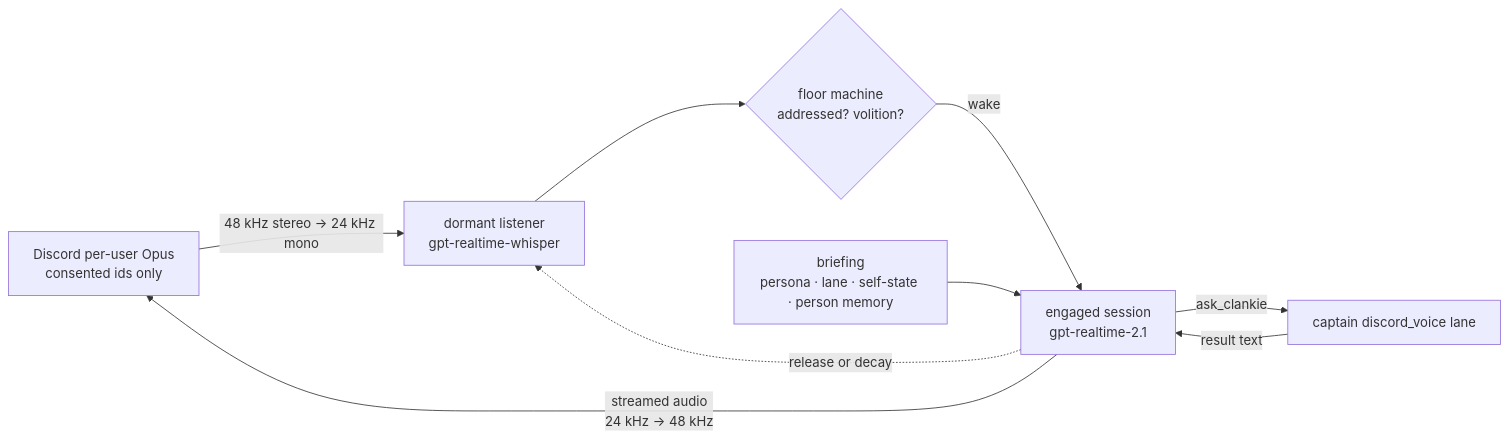
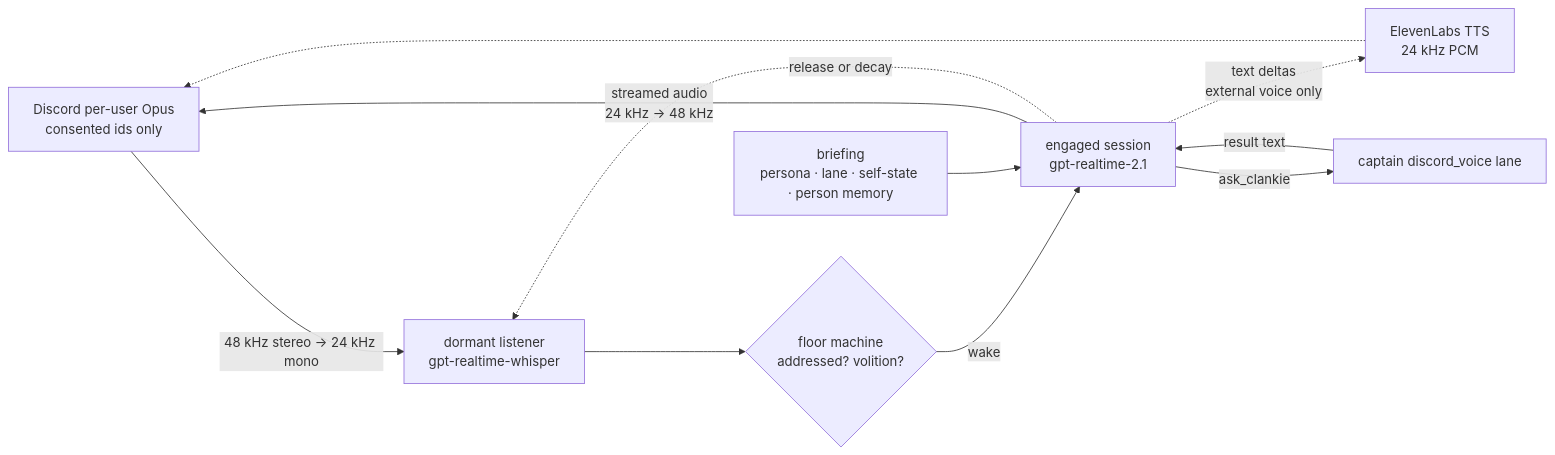
One commit to Volpestyle/clankie changed the first of 2 diagrams in apps/discord-bridge/README.md. Above: the diagram before and after it, drawn with Mermaid. The commit also changed other lines of this file and 149 other files, not shown here.

First line of the commit message:
Land the parallel wave: truthful play harness, external voice, possession log

````diff
--- a/apps/discord-bridge/README.md
+++ b/apps/discord-bridge/README.md
@@ -181,11 +190,13 @@
 ```mermaid
 flowchart LR
   D["Discord per-user Opus<br/>consented ids only"] -->|"48 kHz stereo → 24 kHz mono"| L
   L["dormant listener<br/>gpt-realtime-whisper"] --> F{"floor machine<br/>addressed? volition?"}
   F -->|wake| RT["engaged session<br/>gpt-realtime-2.1"]
   B["briefing<br/>persona · lane · self-state · person memory"] --> RT
   RT -->|"streamed audio<br/>24 kHz → 48 kHz"| D
+  RT -.->|"text deltas<br/>external voice only"| XI["ElevenLabs TTS<br/>24 kHz PCM"]
+  XI -.-> D
   RT -->|"ask_clankie"| C["captain discord_voice lane"]
   C -->|"result text"| RT
   RT -.->|"release or decay"| L
 ```
````
